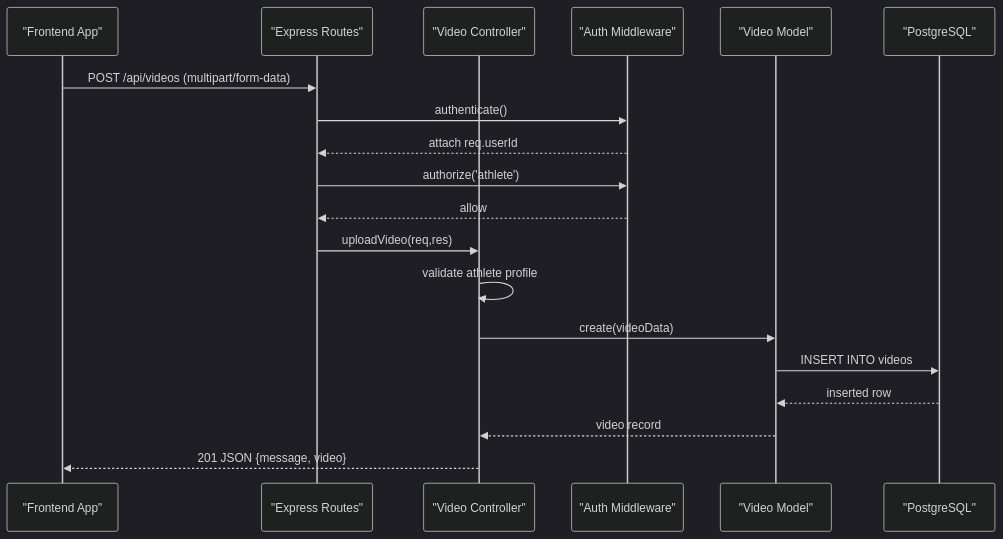
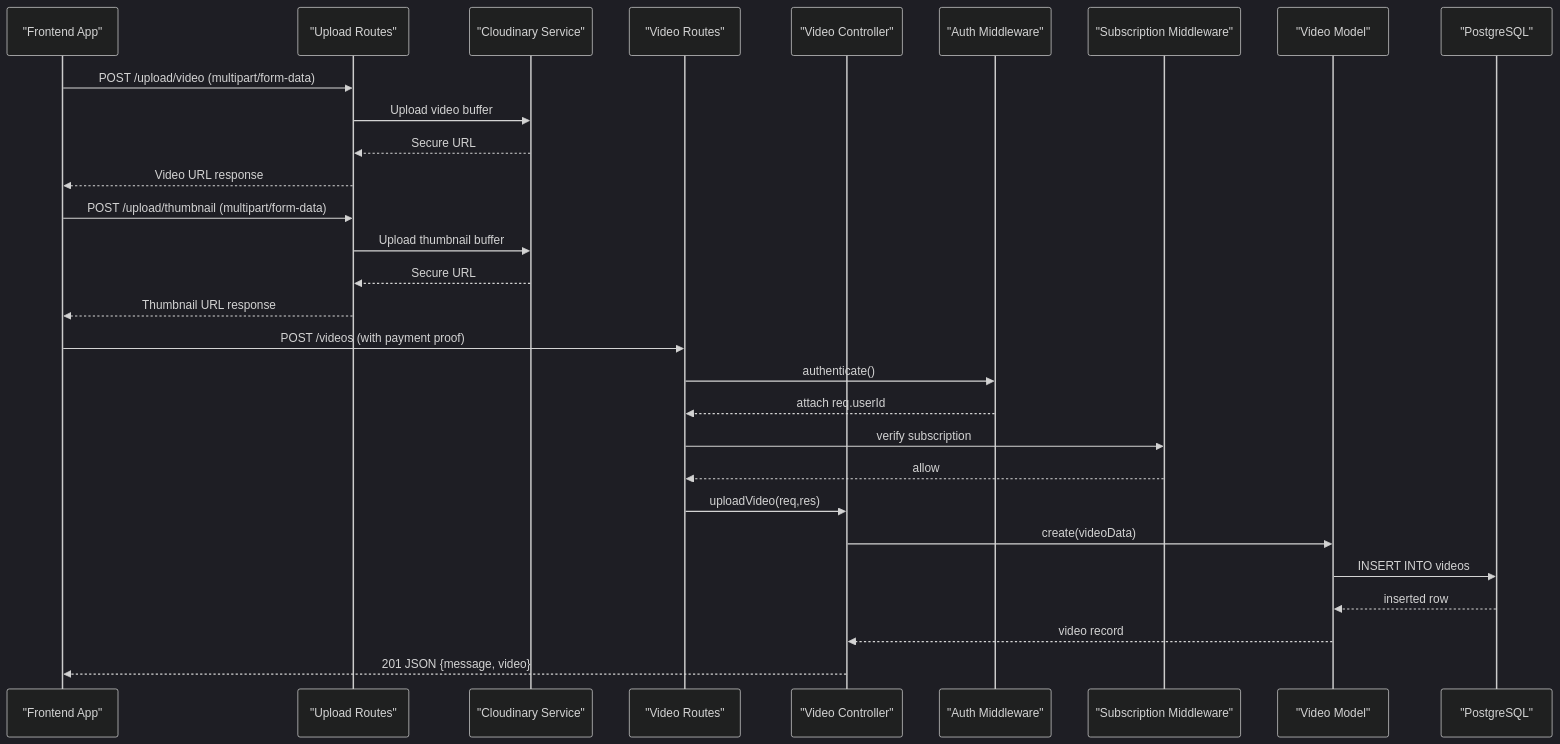
Before and after one commit to Alexandrexicara/craque-vision: the second of 9 diagrams in .qoder/repowiki/en/content/Backend API Documentation/Video Management.md, drawn with Mermaid (dark theme). The commit also changed other lines of this file and 10 other files, not shown here.

````diff
--- a/.qoder/repowiki/en/content/Backend API Documentation/Video Management.md
+++ b/.qoder/repowiki/en/content/Backend API Documentation/Video Management.md
@@ -124,21 +152,31 @@
 ```mermaid
 sequenceDiagram
 participant Client as "Frontend App"
-participant API as "Express Routes"
+participant UploadAPI as "Upload Routes"
+participant Cloudinary as "Cloudinary Service"
+participant VideoAPI as "Video Routes"
 participant Ctrl as "Video Controller"
 participant Auth as "Auth Middleware"
+participant Sub as "Subscription Middleware"
 participant Model as "Video Model"
 participant DB as "PostgreSQL"
-Client->>API : POST /api/videos (multipart/form-data)
-API->>Auth : authenticate()
-Auth-->>API : attach req.userId
-API->>Auth : authorize('athlete')
-Auth-->>API : allow
-API->>Ctrl : uploadVideo(req,res)
-Ctrl->>Ctrl : validate athlete profile
+Client->>UploadAPI : POST /upload/video (multipart/form-data)
+UploadAPI->>Cloudinary : Upload video buffer
+Cloudinary-->>UploadAPI : Secure URL
+UploadAPI-->>Client : Video URL response
+Client->>UploadAPI : POST /upload/thumbnail (multipart/form-data)
+UploadAPI->>Cloudinary : Upload thumbnail buffer
+Cloudinary-->>UploadAPI : Secure URL
+UploadAPI-->>Client : Thumbnail URL response
+Client->>VideoAPI : POST /videos (with payment proof)
+VideoAPI->>Auth : authenticate()
+Auth-->>VideoAPI : attach req.userId
+VideoAPI->>Sub : verify subscription
+Sub-->>VideoAPI : allow
+VideoAPI->>Ctrl : uploadVideo(req,res)
 Ctrl->>Model : create(videoData)
 Model->>DB : INSERT INTO videos
 DB-->>Model : inserted row
 Model-->>Ctrl : video record
 Ctrl-->>Client : 201 JSON {message, video}
 ```
````
